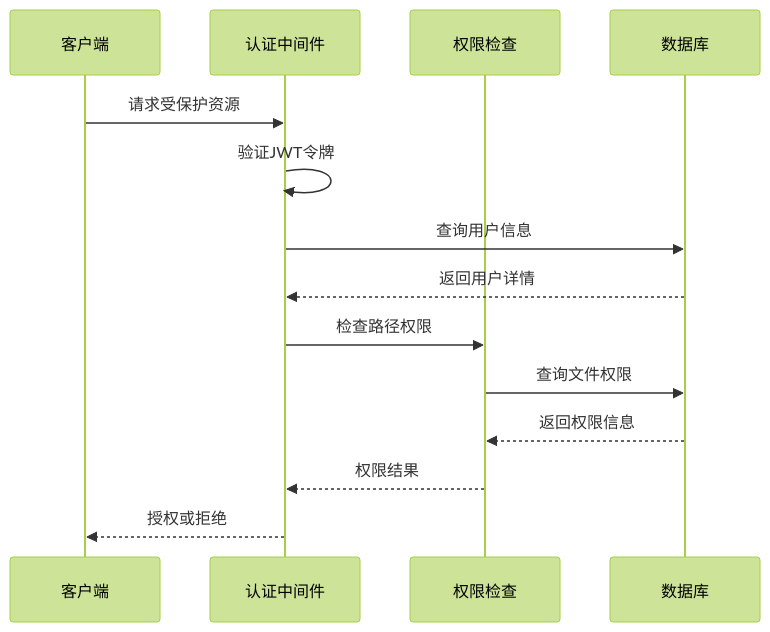
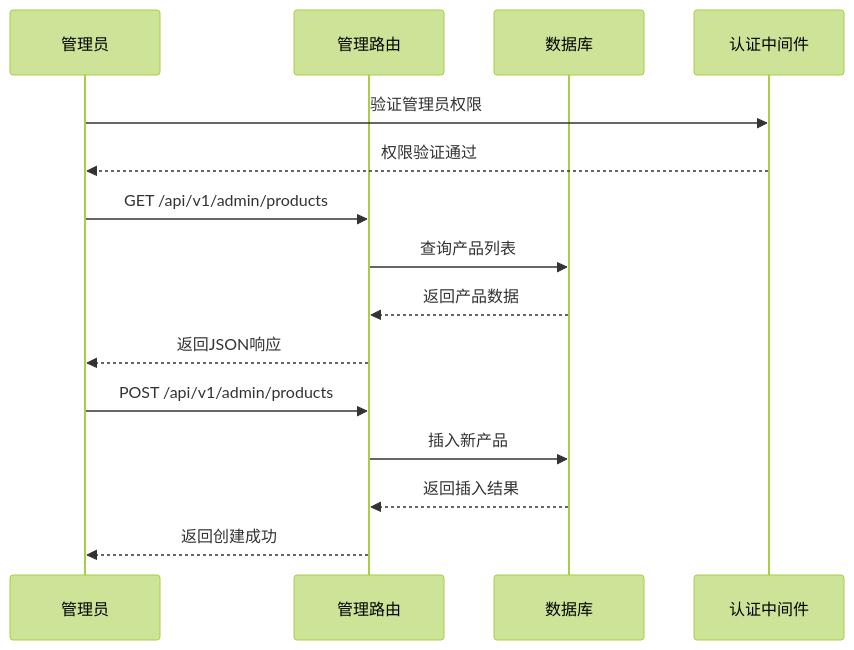
One commit to CubeEdge/Longhorn changed the seventh of 9 diagrams in .qoder/repowiki/zh/content/前端组件架构/产品管理界面/三层产品架构.md. Above: the diagram before and after it, drawn with Mermaid (forest theme). The commit also changed other lines of this file and 28 other files, not shown here.

````diff
--- a/.qoder/repowiki/zh/content/前端组件架构/产品管理界面/三层产品架构.md
+++ b/.qoder/repowiki/zh/content/前端组件架构/产品管理界面/三层产品架构.md
@@ -250,16 +306,17 @@
 ```mermaid
 sequenceDiagram
-participant Client as 客户端
+participant Admin as 管理员
+participant AdminRoute as 管理路由
+participant DB as 数据库
 participant Auth as 认证中间件
-participant Perm as 权限检查
-participant DB as 数据库
-Client->>Auth : 请求受保护资源
-Auth->>Auth : 验证JWT令牌
-Auth->>DB : 查询用户信息
-DB-->>Auth : 返回用户详情
-Auth->>Perm : 检查路径权限
-Perm->>DB : 查询文件权限
-DB-->>Perm : 返回权限信息
-Perm-->>Auth : 权限结果
-Auth-->>Client : 授权或拒绝
+Admin->>Auth : 验证管理员权限
+Auth-->>Admin : 权限验证通过
+Admin->>AdminRoute : GET /api/v1/admin/products
+AdminRoute->>DB : 查询产品列表
+DB-->>AdminRoute : 返回产品数据
+AdminRoute-->>Admin : 返回JSON响应
+Admin->>AdminRoute : POST /api/v1/admin/products
+AdminRoute->>DB : 插入新产品
+DB-->>AdminRoute : 返回插入结果
+AdminRoute-->>Admin : 返回创建成功
 ```
````
